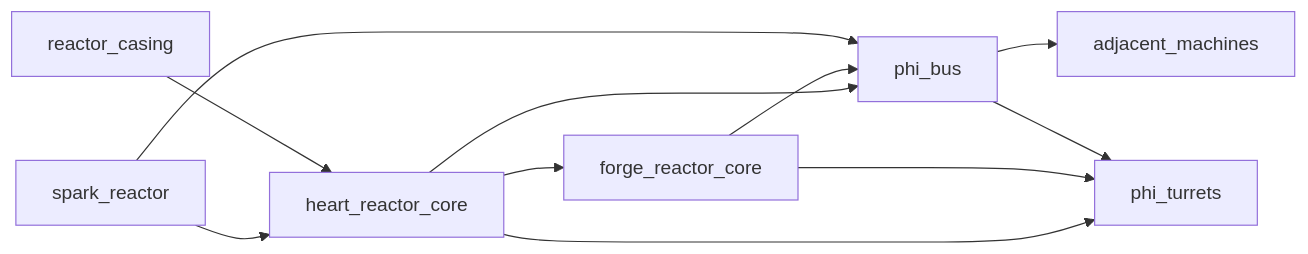
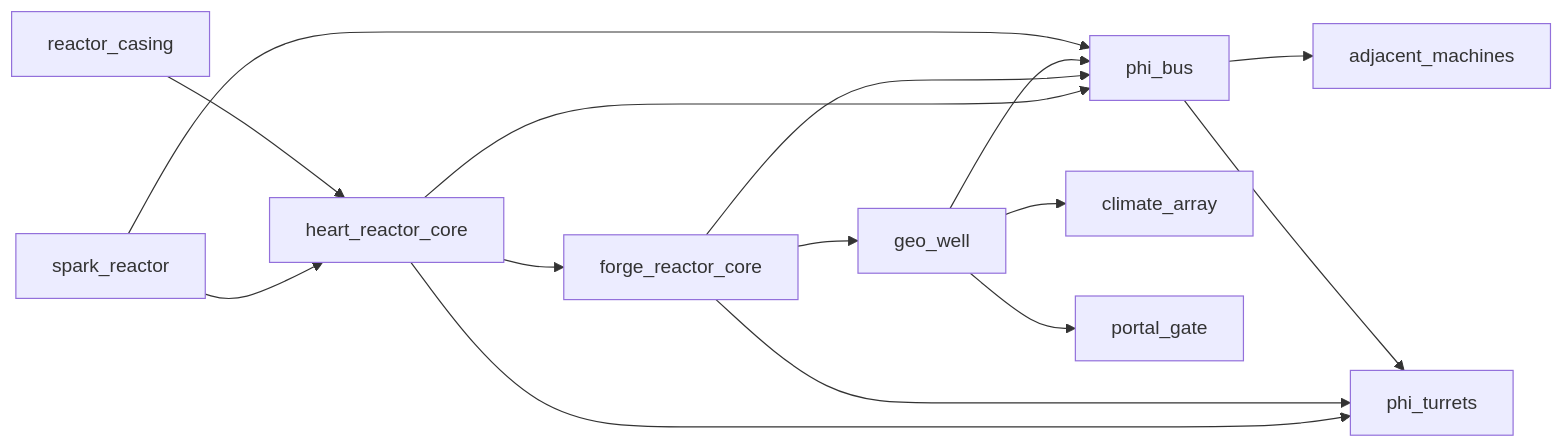
The diagram in docs/TECHNOMAGIC.md (pozikt/Effecoria-mod), drawn with Mermaid before and after one commit. The commit also changed other lines of this file and 96 other files, not shown here.

First line of the commit message:
Add playable Era V Geo Well, Climate Array, and Portal Gate.

````diff
--- a/docs/TECHNOMAGIC.md
+++ b/docs/TECHNOMAGIC.md
@@ -101,13 +118,17 @@
 ```mermaid
 flowchart LR
   spark[spark_reactor] --> heart[heart_reactor_core]
   casing[reactor_casing] --> heart
   heart --> forge[forge_reactor_core]
   heart --> bus[phi_bus]
   forge --> bus
+  forge --> geo[geo_well]
+  geo --> bus
+  geo --> climate[climate_array]
+  geo --> portal[portal_gate]
   spark --> bus
   bus --> machines[adjacent_machines]
   heart --> turrets[phi_turrets]
   forge --> turrets
   bus --> turrets
 ```
````
